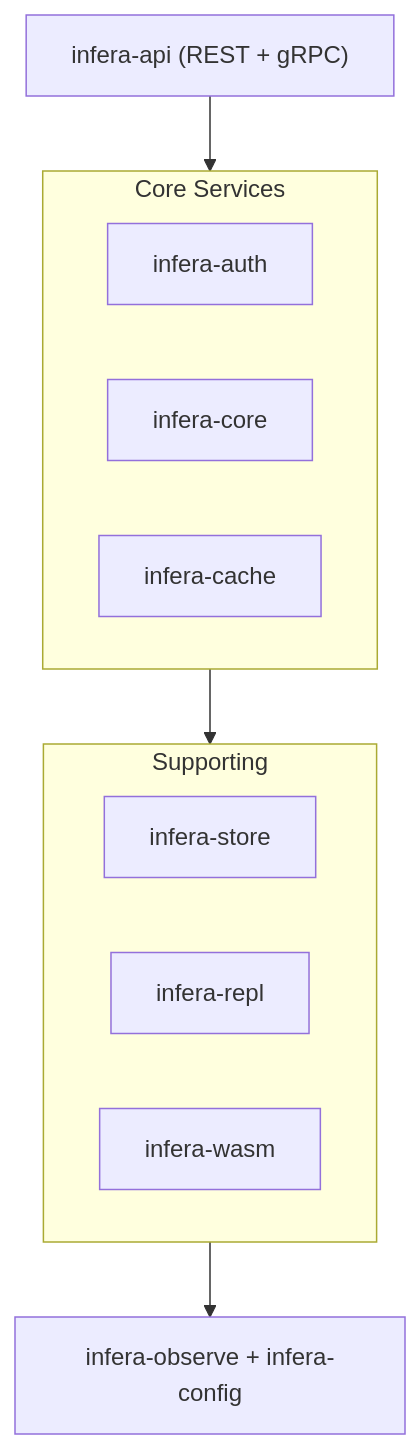
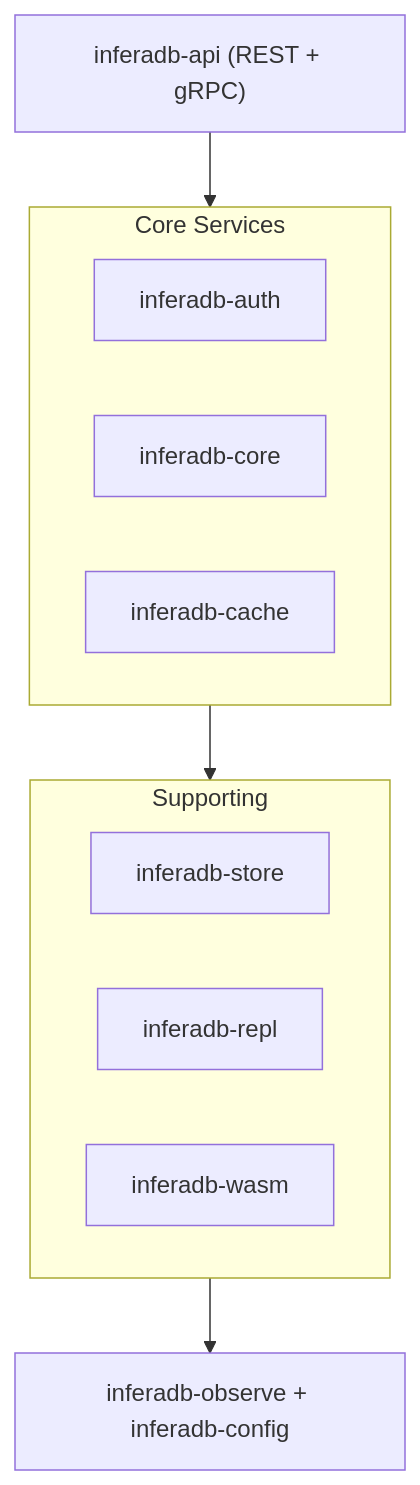
Before and after one commit to inferadb/engine: the diagram in README.md, drawn with Mermaid. The commit also changed other lines of this file and 180 other files, not shown here.

````diff
--- a/README.md
+++ b/README.md
@@ -49,12 +49,12 @@
 ```mermaid
 graph TD
-    API["infera-api (REST + gRPC)"] --> Core
+    API["inferadb-api (REST + gRPC)"] --> Core
     subgraph Core["Core Services"]
-        AUTH[infera-auth] & CORE[infera-core] & CACHE[infera-cache]
+        AUTH[inferadb-auth] & CORE[inferadb-core] & CACHE[inferadb-cache]
     end
     Core --> Services
     subgraph Services["Supporting"]
-        STORE[infera-store] & REPL[infera-repl] & WASM[infera-wasm]
+        STORE[inferadb-store] & REPL[inferadb-repl] & WASM[inferadb-wasm]
     end
-    Services --> Foundation["infera-observe + infera-config"]
+    Services --> Foundation["inferadb-observe + inferadb-config"]
 ```
````
